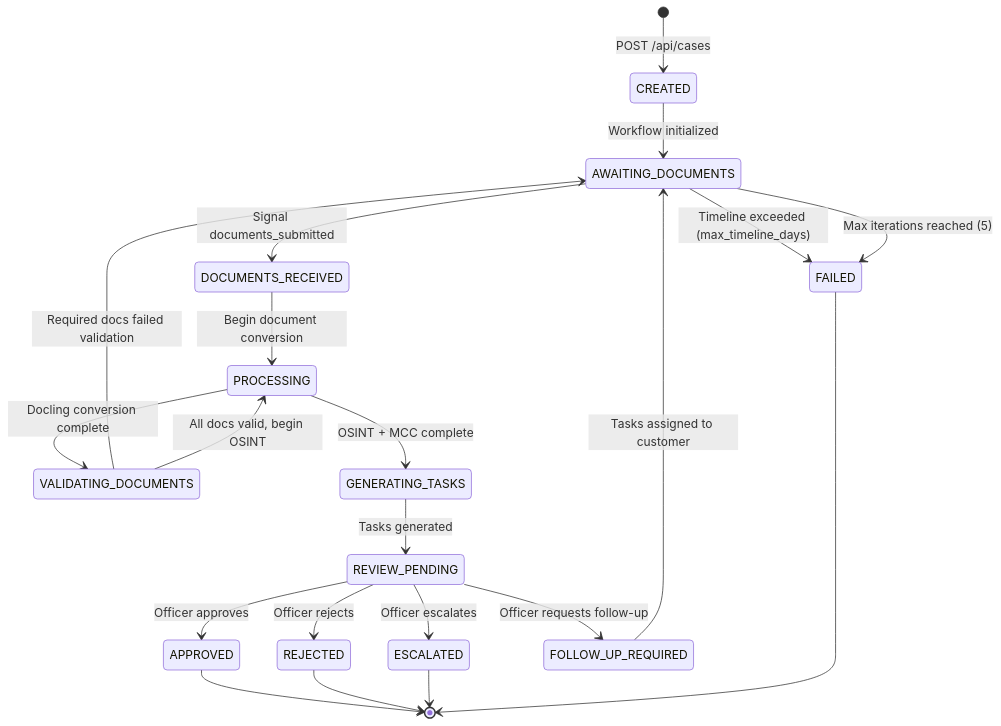
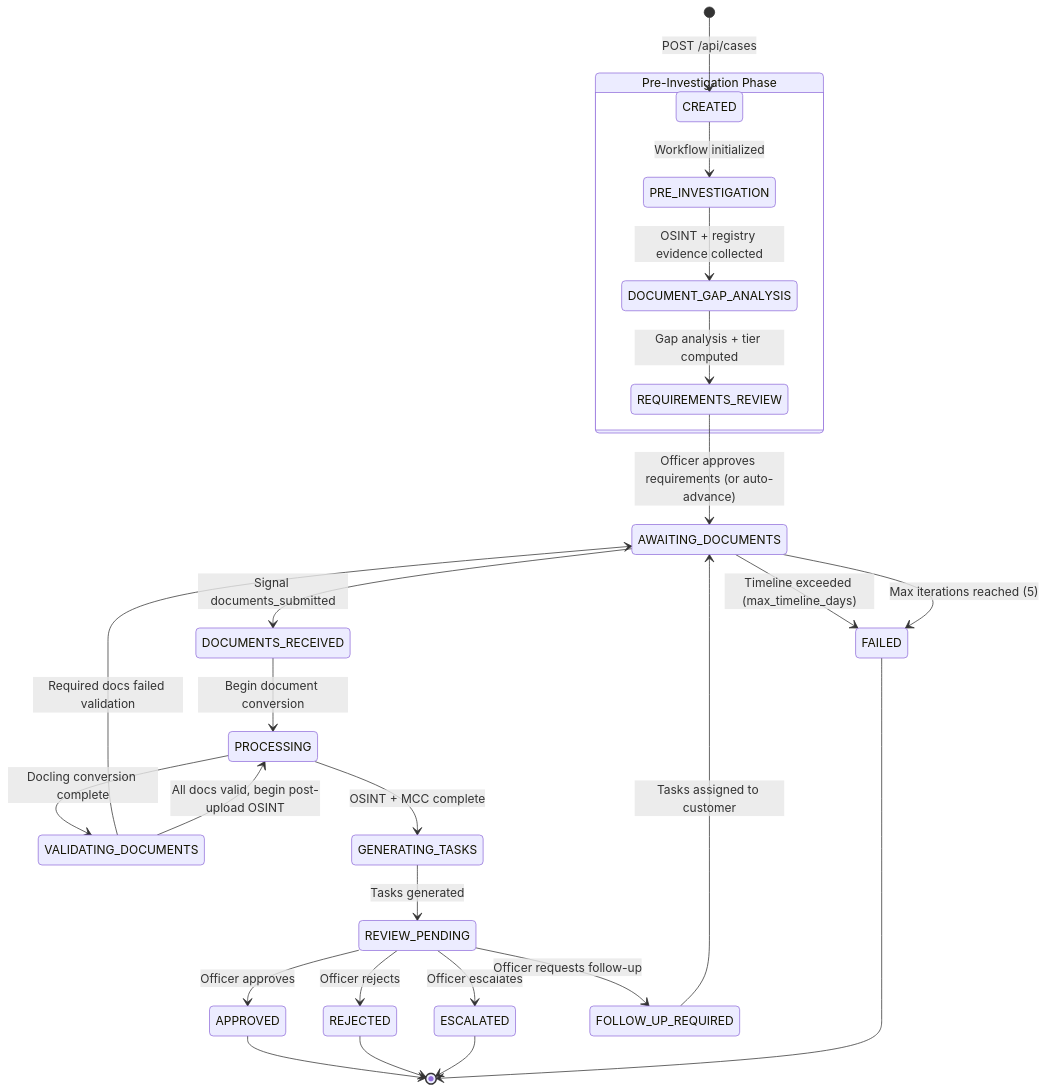
One commit to Tsunami-max/trust-relay-docs changed the diagram in docs/architecture/state-machine.md. Above: the diagram before and after it, drawn with Mermaid. The commit also changed other lines of this file and 112 other files, not shown here.

````diff
--- a/docs/architecture/state-machine.md
+++ b/docs/architecture/state-machine.md
@@ -12,33 +17,40 @@
 ```mermaid
 stateDiagram-v2
     [*] --> CREATED: POST /api/cases
-    CREATED --> AWAITING_DOCUMENTS: Workflow initialized
+
+    state "Pre-Investigation Phase" as pre {
+        CREATED --> PRE_INVESTIGATION: Workflow initialized
+        PRE_INVESTIGATION --> DOCUMENT_GAP_ANALYSIS: OSINT + registry evidence collected
+        DOCUMENT_GAP_ANALYSIS --> REQUIREMENTS_REVIEW: Gap analysis + tier computed
+    }
+
+    REQUIREMENTS_REVIEW --> AWAITING_DOCUMENTS: Officer approves requirements (or auto-advance)
 
     AWAITING_DOCUMENTS --> DOCUMENTS_RECEIVED: Signal documents_submitted
     AWAITING_DOCUMENTS --> FAILED: Timeline exceeded (max_timeline_days)
 
     DOCUMENTS_RECEIVED --> PROCESSING: Begin document conversion
 
     PROCESSING --> VALIDATING_DOCUMENTS: Docling conversion complete
 
     VALIDATING_DOCUMENTS --> AWAITING_DOCUMENTS: Required docs failed validation
-    VALIDATING_DOCUMENTS --> PROCESSING: All docs valid, begin OSINT
+    VALIDATING_DOCUMENTS --> PROCESSING: All docs valid, begin post-upload OSINT
 
     PROCESSING --> GENERATING_TASKS: OSINT + MCC complete
 
     GENERATING_TASKS --> REVIEW_PENDING: Tasks generated
 
     REVIEW_PENDING --> APPROVED: Officer approves
     REVIEW_PENDING --> REJECTED: Officer rejects
     REVIEW_PENDING --> ESCALATED: Officer escalates
 
     REVIEW_PENDING --> FOLLOW_UP_REQUIRED: Officer requests follow-up
     FOLLOW_UP_REQUIRED --> AWAITING_DOCUMENTS: Tasks assigned to customer
 
     AWAITING_DOCUMENTS --> FAILED: Max iterations reached (5)
 
     APPROVED --> [*]
     REJECTED --> [*]
     ESCALATED --> [*]
     FAILED --> [*]
 ```
````
